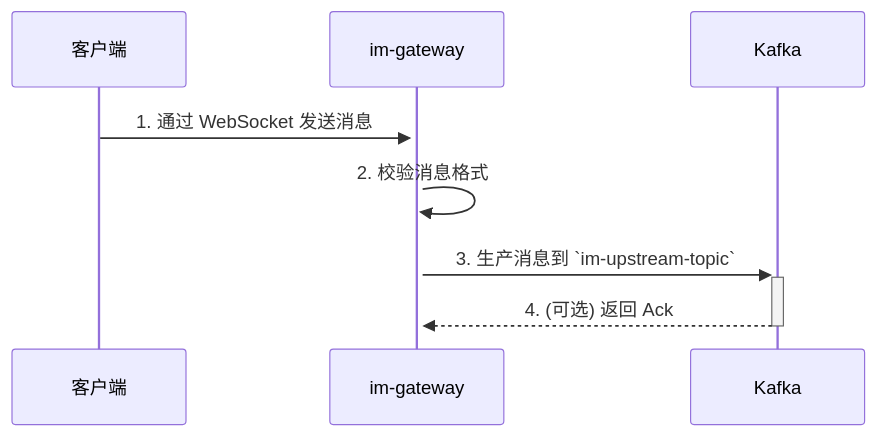
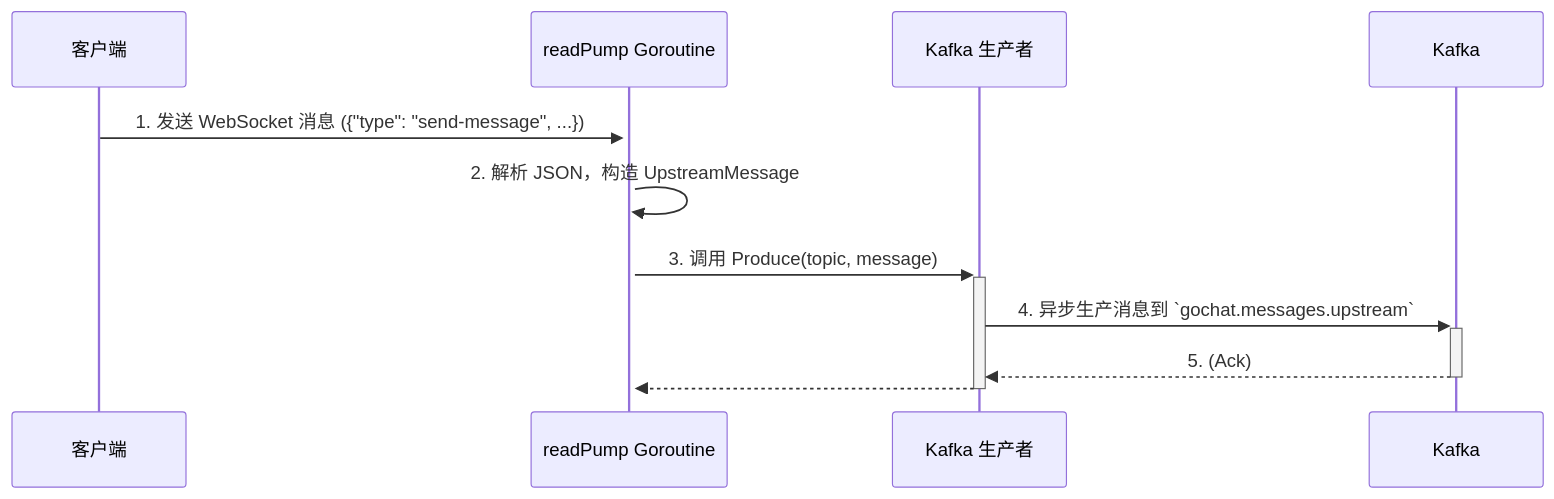
The third of 5 diagrams in docs/05_services/im-gateway.md (ceyewan/gochat), drawn with Mermaid before and after one commit. The commit also changed other lines of this file and 23 other files, not shown here.

````diff
--- a/docs/05_services/im-gateway.md
+++ b/docs/05_services/im-gateway.md
@@ -44,11 +141,14 @@
 ```mermaid
 sequenceDiagram
     participant Client as 客户端
-    participant Gateway as im-gateway
+    participant readPump as readPump Goroutine
+    participant KafkaProducer as Kafka 生产者
     participant Kafka as Kafka
 
-    Client->>+Gateway: 1. 通过 WebSocket 发送消息
-    Gateway->>Gateway: 2. 校验消息格式
-    Gateway->>+Kafka: 3. 生产消息到 `im-upstream-topic`
-    Kafka-->>-Gateway: 4. (可选) 返回 Ack
+    Client->>+readPump: 1. 发送 WebSocket 消息 ({"type": "send-message", ...})
+    readPump->>readPump: 2. 解析 JSON，构造 UpstreamMessage
+    readPump->>+KafkaProducer: 3. 调用 Produce(topic, message)
+    KafkaProducer->>+Kafka: 4. 异步生产消息到 `gochat.messages.upstream`
+    Kafka-->>-KafkaProducer: 5. (Ack)
+    KafkaProducer-->>-readPump: 
 ```
````
